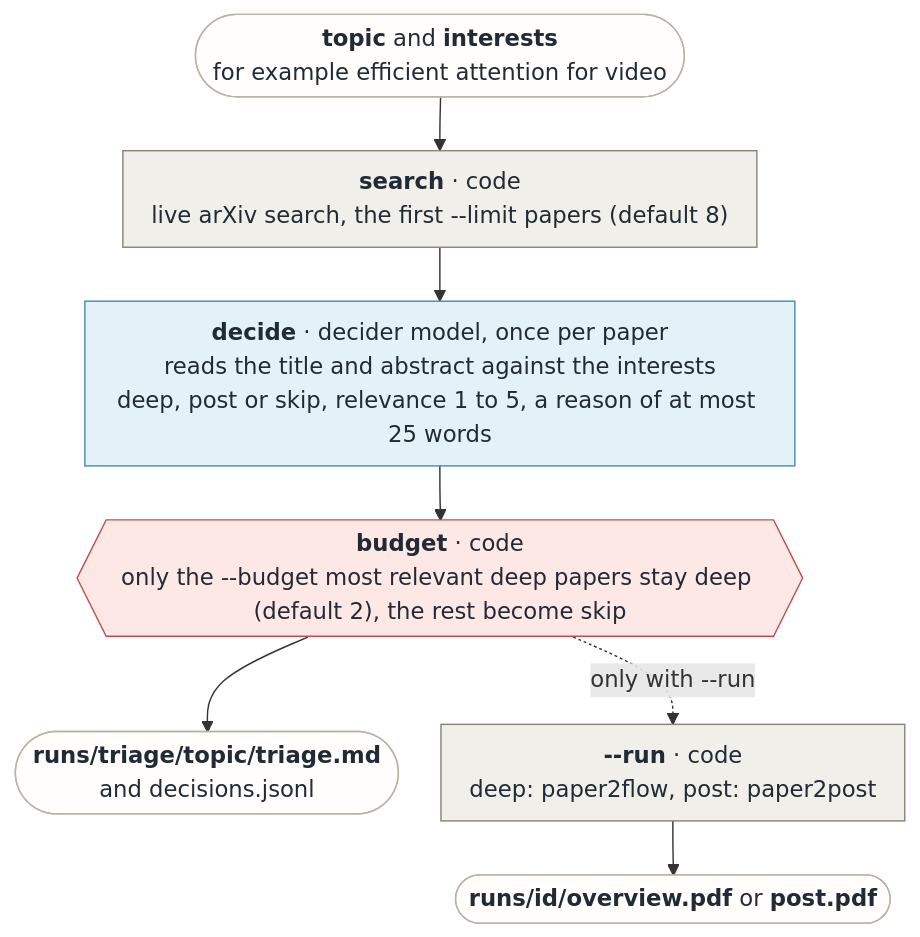
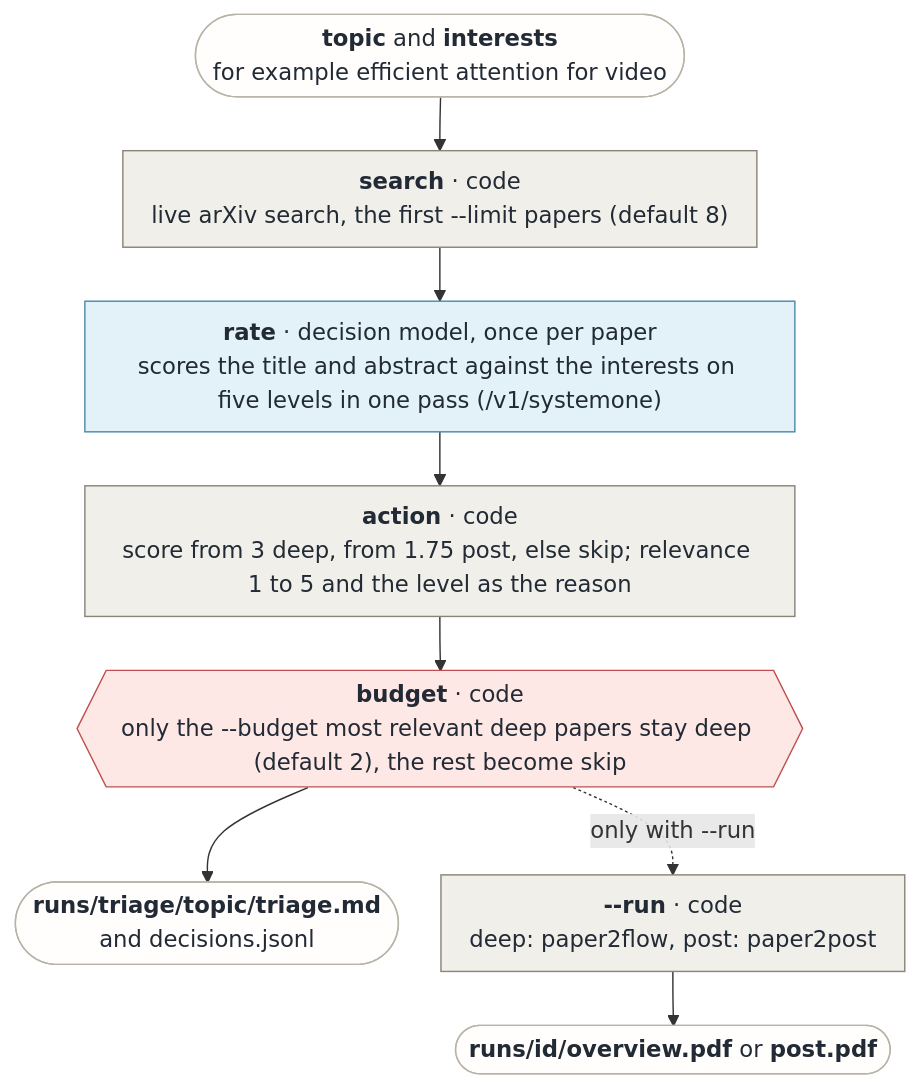
The eighth of 8 diagrams in README.md (fodorad/labmate), drawn with Mermaid before and after one commit. The commit also changed other lines of this file and 20 other files, not shown here.

Commit message:
feat: triage uses a decision model (clef-flash through /v1/systemone) and compares deciders on a labelled set (#17)

````diff
--- a/README.md
+++ b/README.md
@@ -392,19 +400,20 @@
 ```mermaid
 %%{init: {"flowchart": {"wrappingWidth": 460, "nodeSpacing": 30, "rankSpacing": 38, "padding": 10}}}%%
 flowchart TD
     classDef code fill:#f1efea,stroke:#8a8478,color:#222b35
     classDef llm fill:#e3f2f8,stroke:#4c8aa8,color:#222b35
     classDef guard fill:#fde8e6,stroke:#c0504d,color:#222b35
     classDef data fill:#fffefd,stroke:#b9b3a8,color:#222b35
 
     topic(["<b>topic</b> and <b>interests</b><br/>for example efficient attention for video"]):::data
     search["<b>search</b> · code<br/>live arXiv search, the first --limit papers (default 8)"]:::code
-    decide["<b>decide</b> · decider model, once per paper<br/>reads the title and abstract against the interests<br/>deep, post or skip, relevance 1 to 5, a reason of at most 25 words"]:::llm
+    decide["<b>rate</b> · decision model, once per paper<br/>scores the title and abstract against the interests on five levels in one pass (/v1/systemone)"]:::llm
+    action["<b>action</b> · code<br/>score from 3 deep, from 1.75 post, else skip; relevance 1 to 5 and the level as the reason"]:::code
     budget{{"<b>budget</b> · code<br/>only the --budget most relevant deep papers stay deep (default 2), the rest become skip"}}:::guard
     report(["<b>runs/triage/topic/triage.md</b><br/>and decisions.jsonl"]):::data
     run["<b>--run</b> · code<br/>deep: paper2flow, post: paper2post"]:::code
     out(["<b>runs/id/overview.pdf</b> or <b>post.pdf</b>"]):::data
 
-    topic --> search --> decide --> budget --> report
+    topic --> search --> decide --> action --> budget --> report
     budget -.->|"only with --run"| run --> out
 ```
````
